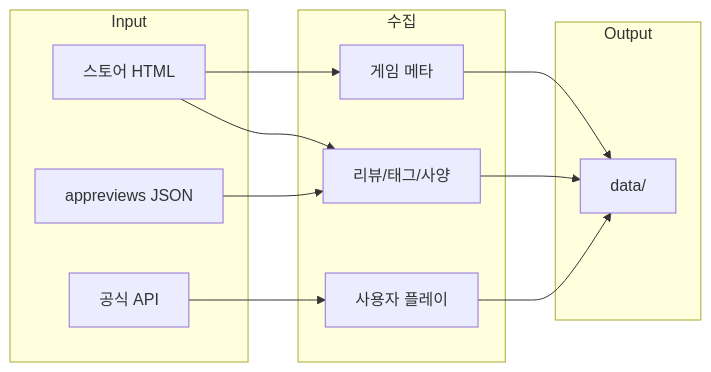
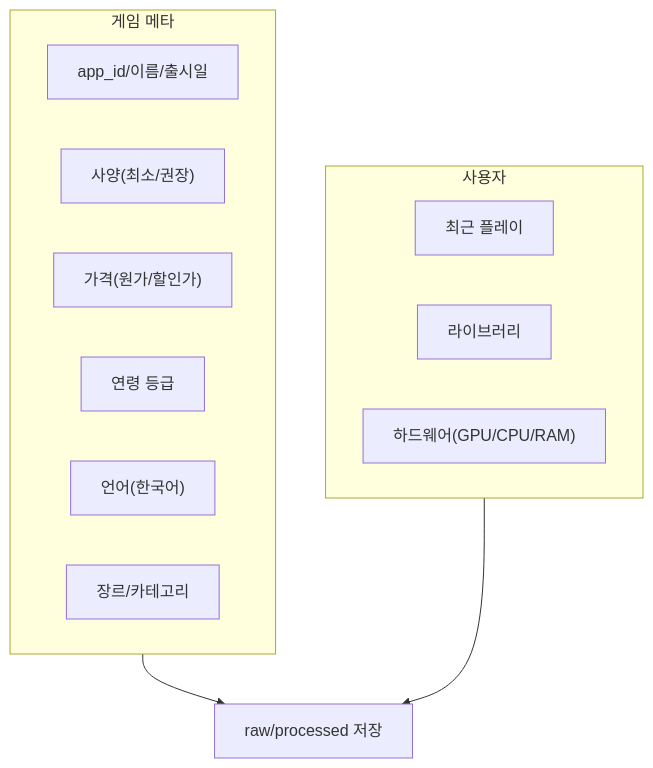
Before and after one commit to Game-recommend-sys-agent/Steam_Game_Recommand_Agent: the sixth of 11 diagrams in docs/workflow.md, drawn with Mermaid. The commit also changed other lines of this file and 5 other files, not shown here.

````diff
--- a/docs/workflow.md
+++ b/docs/workflow.md
@@ -186,23 +113,18 @@
 ```mermaid
-flowchart LR
-    subgraph Input
-        I1[스토어 HTML]
-        I2[appreviews JSON]
-        I3[공식 API]
+flowchart TB
+    subgraph Game[게임 메타]
+      G1[app_id/이름/출시일]
+      G2["사양(최소/권장)"]
+      G3["가격(원가/할인가)"]
+      G4[연령 등급]
+      G5["언어(한국어)"]
+      G6[장르/카테고리]
     end
-    subgraph Collect[수집]
-        C1[게임 메타]
-        C2[리뷰/태그/사양]
-        C3[사용자 플레이]
+    subgraph User[사용자]
+      U1[최근 플레이]
+      U2[라이브러리]
+      U3["하드웨어(GPU/CPU/RAM)"]
     end
-    subgraph Output
-        O1[data/]
-    end
-    I1 --> C1
-    I1 --> C2
-    I2 --> C2
-    I3 --> C3
-    C1 --> O1
-    C2 --> O1
-    C3 --> O1
+    Game --> Store["raw/processed 저장"]
+    User --> Store
 ```
````
